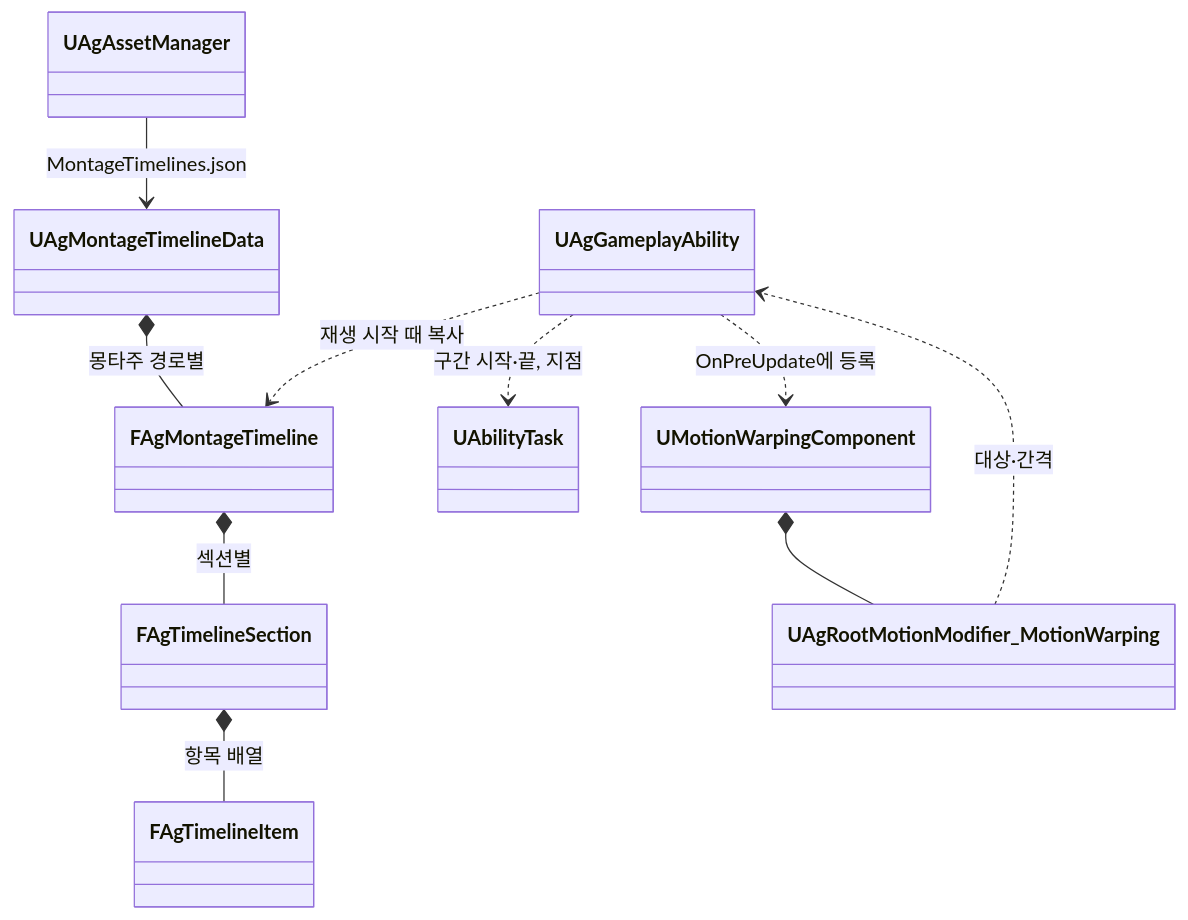
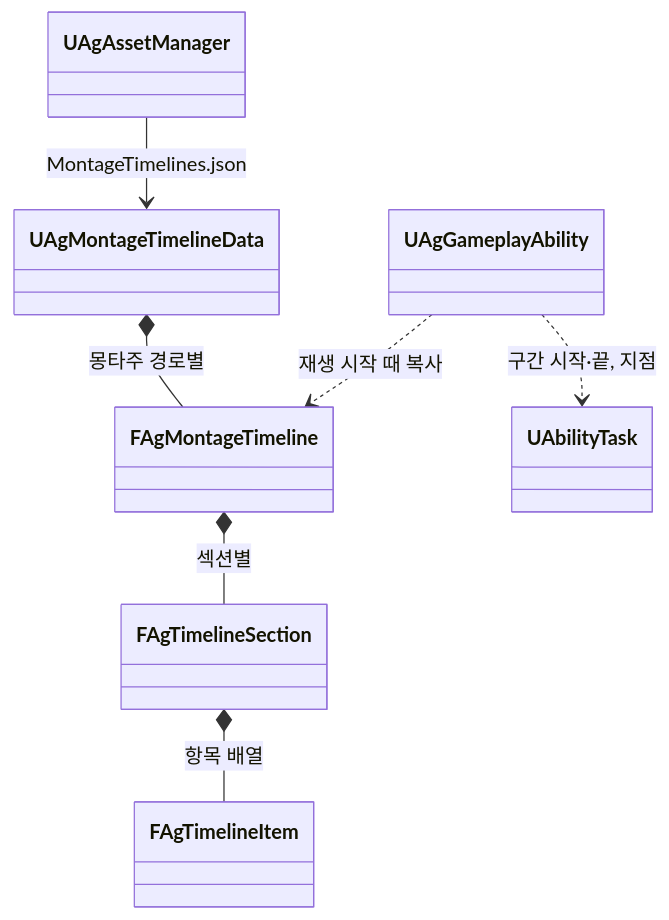
One commit to Woogl/Ag changed the diagram in Docs/Program/몽타주 시간표.md. Above: the diagram before and after it, drawn with Mermaid. The commit also changed other lines of this file and 51 other files, not shown here.

````diff
--- a/Docs/Program/몽타주 시간표.md
+++ b/Docs/Program/몽타주 시간표.md
@@ -97,13 +94,10 @@
 ```mermaid
 classDiagram
     direction TB
     UAgAssetManager --> UAgMontageTimelineData : MontageTimelines.json
     UAgMontageTimelineData *-- FAgMontageTimeline : 몽타주 경로별
     FAgMontageTimeline *-- FAgTimelineSection : 섹션별
     FAgTimelineSection *-- FAgTimelineItem : 항목 배열
     UAgGameplayAbility ..> FAgMontageTimeline : 재생 시작 때 복사
     UAgGameplayAbility ..> UAbilityTask : 구간 시작·끝, 지점
-    UAgGameplayAbility ..> UMotionWarpingComponent : OnPreUpdate에 등록
-    UMotionWarpingComponent *-- UAgRootMotionModifier_MotionWarping
-    UAgRootMotionModifier_MotionWarping ..> UAgGameplayAbility : 대상·간격
 ```
````
